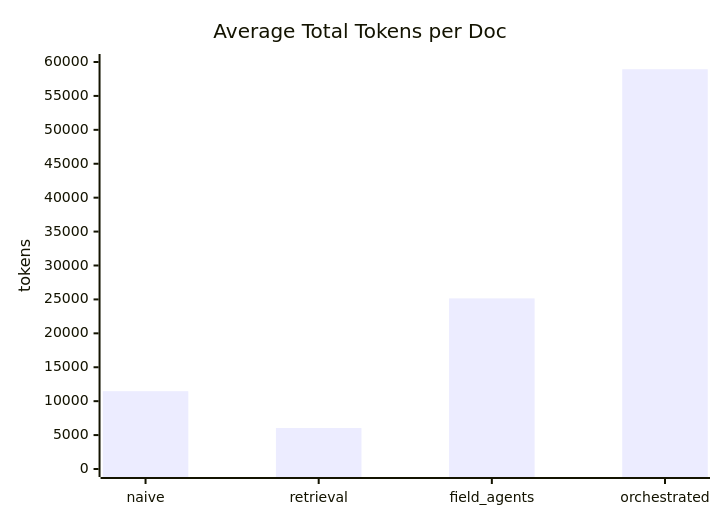
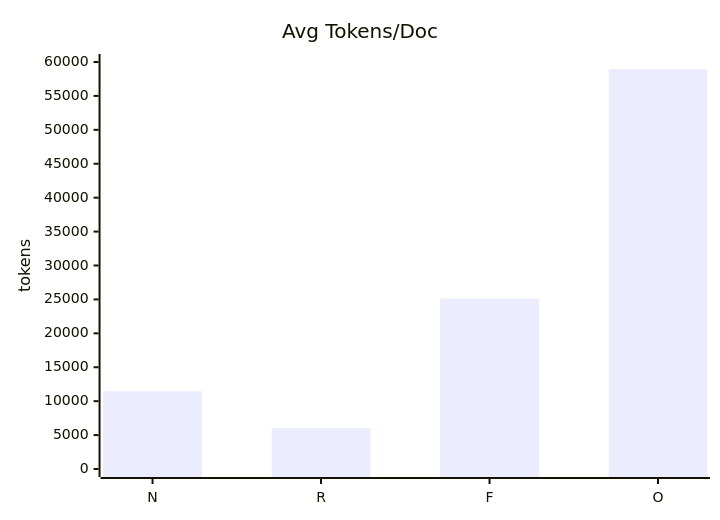
Before and after one commit to 616xold/contractFlow: the third of 3 diagrams in README.md, drawn with Mermaid. The commit also changed other lines of this file, not shown here.

````diff
--- a/README.md
+++ b/README.md
@@ -75,7 +76,7 @@
 ```mermaid
 xychart-beta
-    title "Average Total Tokens per Doc"
-    x-axis ["naive", "retrieval", "field_agents", "orchestrated"]
+    title "Avg Tokens/Doc"
+    x-axis ["N", "R", "F", "O"]
     y-axis "tokens" 0 --> 60000
     bar [11474, 6038, 25155, 58935]
 ```
````
